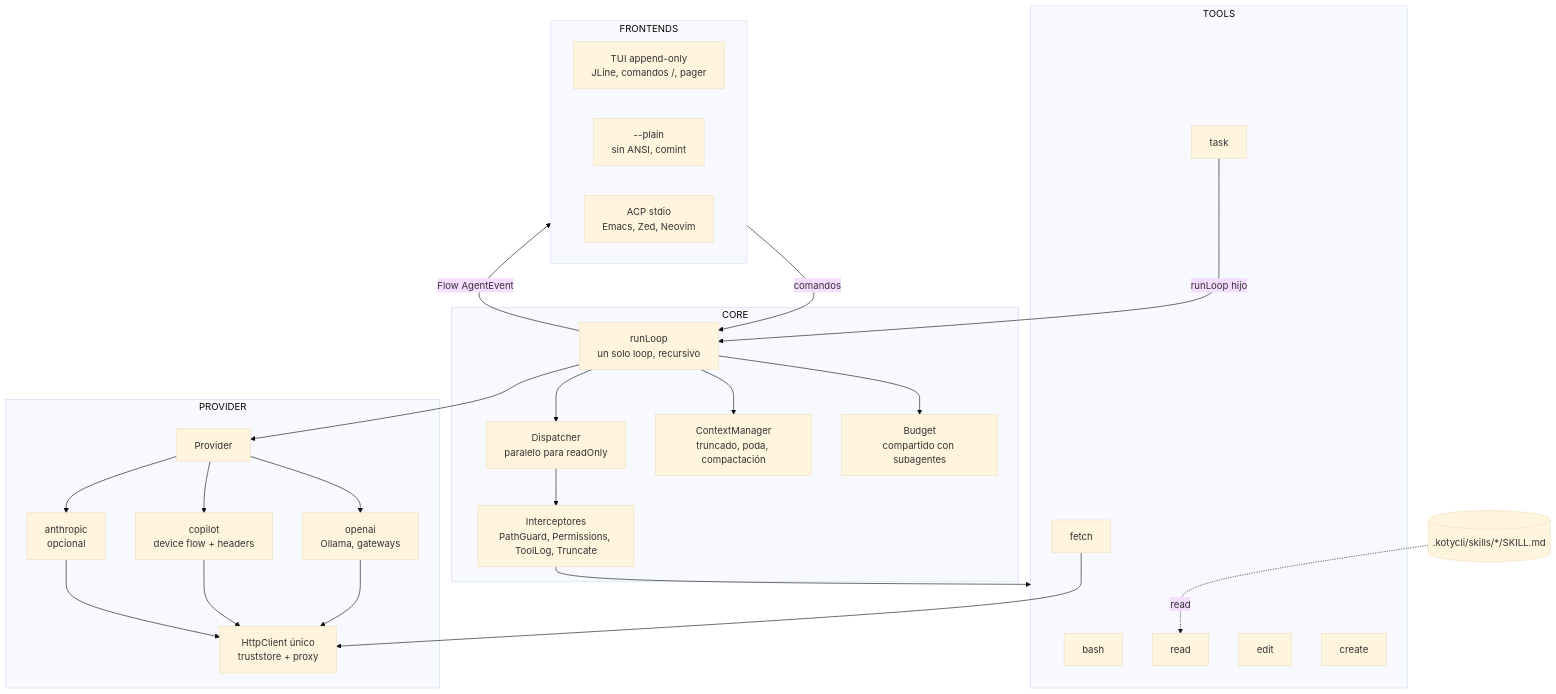
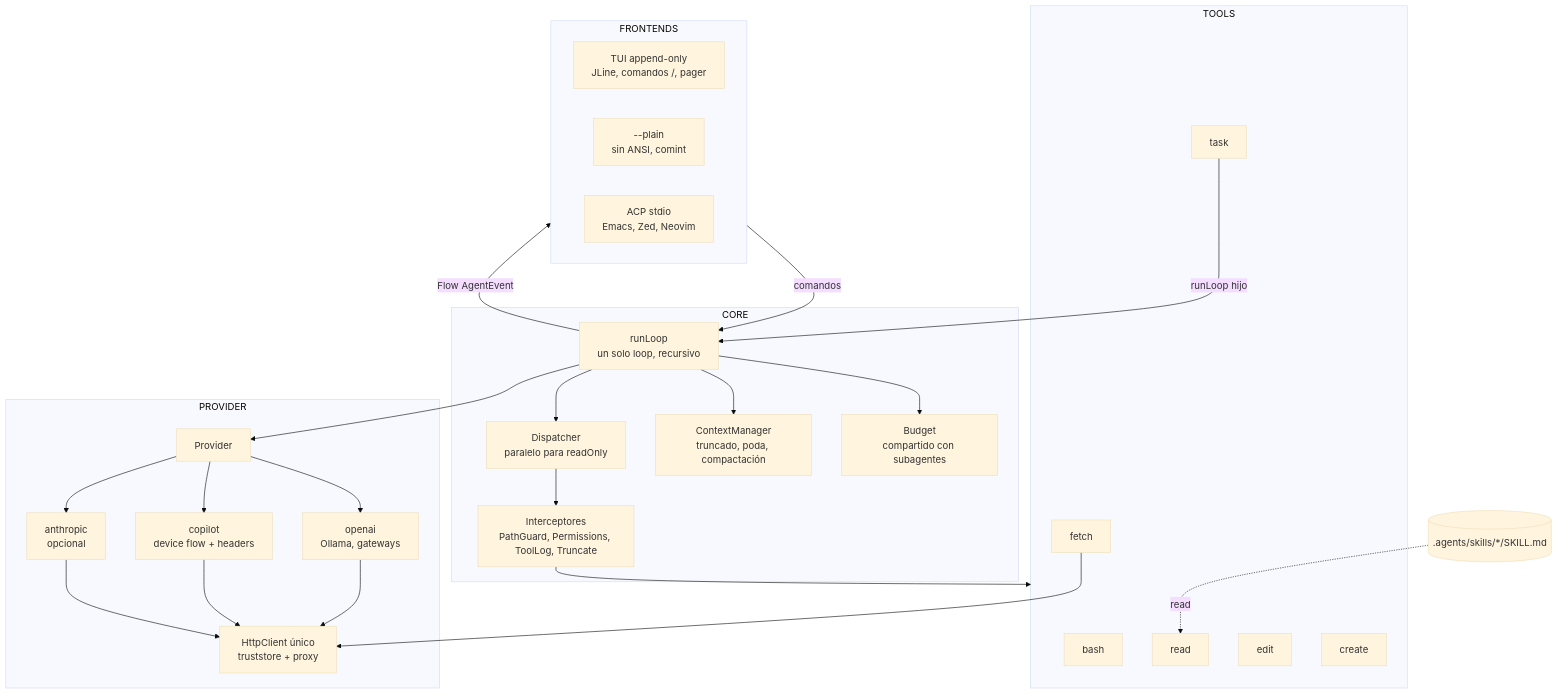
The diagram in docs/architecture/README.md (iburquijo/kotycli), drawn with Mermaid (base theme) before and after one commit. The commit also changed 9 other files, not shown here.

````diff
--- a/docs/architecture/README.md
+++ b/docs/architecture/README.md
@@ -25,35 +25,35 @@
 ```mermaid
 flowchart TB
     subgraph FRONTENDS
         TUI[TUI append-only<br/>JLine, comandos /, pager]
         PLAIN[--plain<br/>sin ANSI, comint]
         ACP[ACP stdio<br/>Emacs, Zed, Neovim]
     end
     subgraph CORE
         Loop[runLoop<br/>un solo loop, recursivo]
         Disp[Dispatcher<br/>paralelo para readOnly]
         Int[Interceptores<br/>PathGuard, Permissions, ToolLog, Truncate]
         Ctx[ContextManager<br/>truncado, poda, compactación]
         Budget[Budget<br/>compartido con subagentes]
     end
     subgraph TOOLS
         bash & read & edit & create & fetch
         task[task] -->|runLoop hijo| Loop
     end
     subgraph PROVIDER
         P[Provider]
         OAI[openai<br/>Ollama, gateways]
         CP[copilot<br/>device flow + headers]
         AN[anthropic<br/>opcional]
         HTTP[HttpClient único<br/>truststore + proxy]
     end
     FRONTENDS -->|comandos| Loop
     Loop -->|Flow AgentEvent| FRONTENDS
     Loop --> Disp --> Int --> TOOLS
     Loop --> Ctx
     Loop --> Budget
     Loop --> P
     P --> OAI & CP & AN
     OAI & CP & AN & fetch --> HTTP
-    Skills[(.kotycli/skills/*/SKILL.md)] -.->|read| read
+    Skills[(.agents/skills/*/SKILL.md)] -.->|read| read
 ```
````
